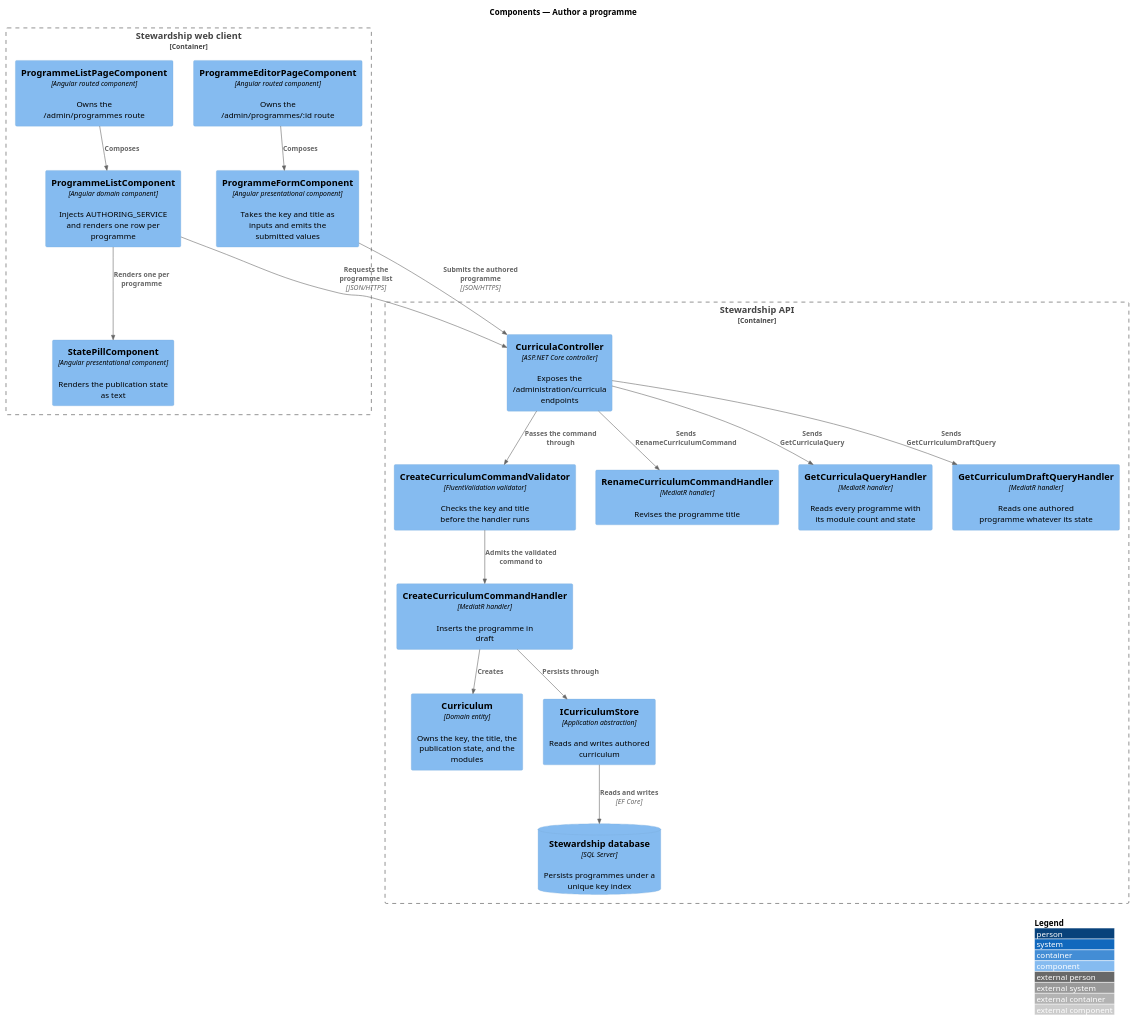
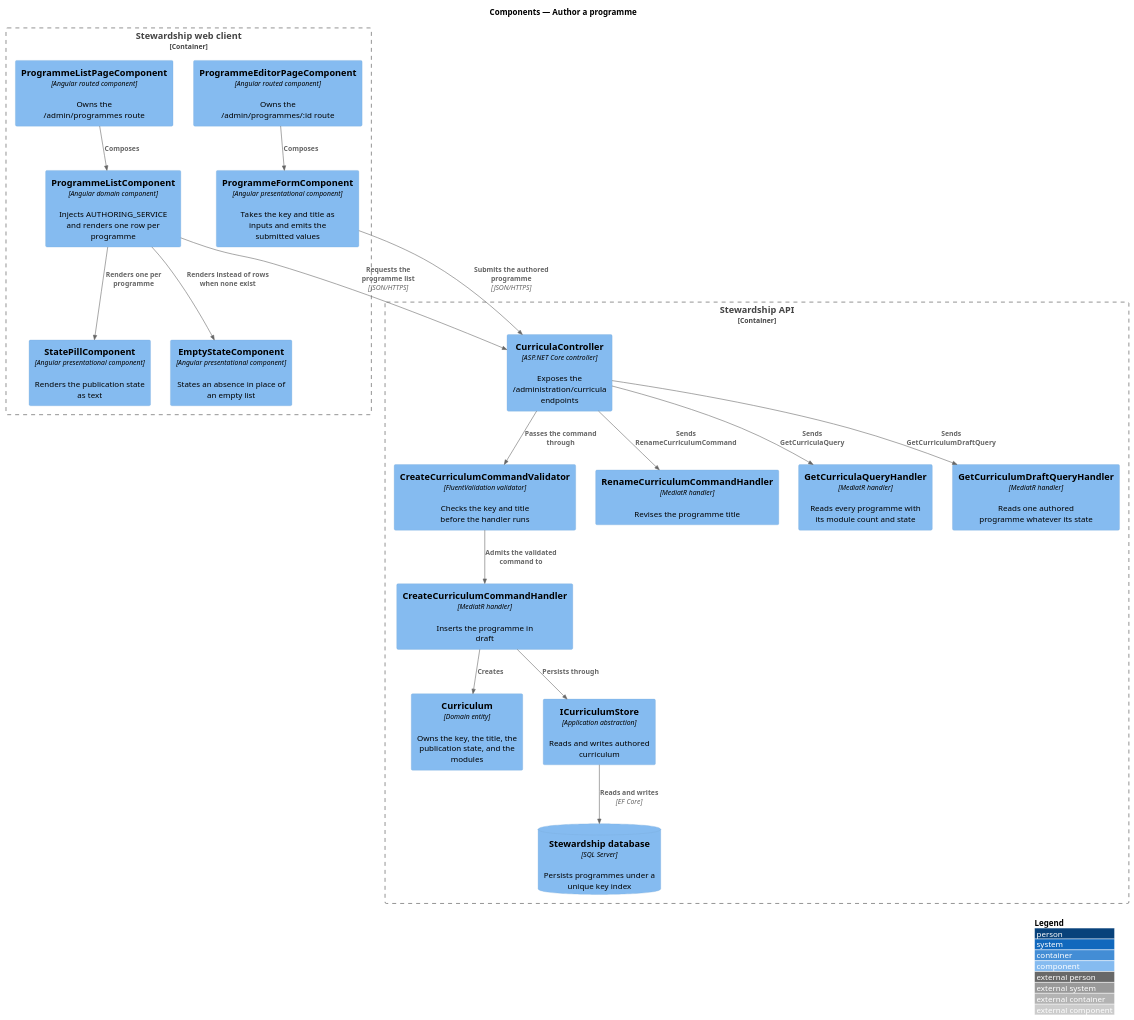
Before and after one commit to QuinntyneBrown/quinntyne-brown-stewardship: the diagram in docs/detailed-designs/administration/author-programme/diagrams/c4-component.puml, drawn with PlantUML. The commit also changed 7 other files, not shown here.

```diff
--- a/docs/detailed-designs/administration/author-programme/diagrams/c4-component.puml
+++ b/docs/detailed-designs/administration/author-programme/diagrams/c4-component.puml
@@ -1,39 +1,41 @@
 @startuml
 !include <C4/C4_Component>
 LAYOUT_WITH_LEGEND()
 title Components — Author a programme
 
 Container_Boundary(spa, "Stewardship web client") {
   Component(listpage, "ProgrammeListPageComponent", "Angular routed component", "Owns the /admin/programmes route")
   Component(editpage, "ProgrammeEditorPageComponent", "Angular routed component", "Owns the /admin/programmes/:id route")
   Component(list, "ProgrammeListComponent", "Angular domain component", "Injects AUTHORING_SERVICE and renders one row per programme")
   Component(form, "ProgrammeFormComponent", "Angular presentational component", "Takes the key and title as inputs and emits the submitted values")
   Component(pill, "StatePillComponent", "Angular presentational component", "Renders the publication state as text")
+  Component(empty, "EmptyStateComponent", "Angular presentational component", "States an absence in place of an empty list")
 }
 
 Container_Boundary(api, "Stewardship API") {
   Component(controller, "CurriculaController", "ASP.NET Core controller", "Exposes the /administration/curricula endpoints")
   Component(validator, "CreateCurriculumCommandValidator", "FluentValidation validator", "Checks the key and title before the handler runs")
   Component(create, "CreateCurriculumCommandHandler", "MediatR handler", "Inserts the programme in draft")
   Component(rename, "RenameCurriculumCommandHandler", "MediatR handler", "Revises the programme title")
   Component(index, "GetCurriculaQueryHandler", "MediatR handler", "Reads every programme with its module count and state")
   Component(draft, "GetCurriculumDraftQueryHandler", "MediatR handler", "Reads one authored programme whatever its state")
   Component(entity, "Curriculum", "Domain entity", "Owns the key, the title, the publication state, and the modules")
   Component(store, "ICurriculumStore", "Application abstraction", "Reads and writes authored curriculum")
   ComponentDb(db, "Stewardship database", "SQL Server", "Persists programmes under a unique key index")
 }
 
 Rel(listpage, list, "Composes")
 Rel(editpage, form, "Composes")
 Rel(list, pill, "Renders one per programme")
+Rel(list, empty, "Renders instead of rows when none exist")
 Rel(list, controller, "Requests the programme list", "JSON/HTTPS")
 Rel(form, controller, "Submits the authored programme", "JSON/HTTPS")
 Rel(controller, validator, "Passes the command through")
 Rel(validator, create, "Admits the validated command to")
 Rel(controller, rename, "Sends RenameCurriculumCommand")
 Rel(controller, index, "Sends GetCurriculaQuery")
 Rel(controller, draft, "Sends GetCurriculumDraftQuery")
 Rel(create, entity, "Creates")
 Rel(create, store, "Persists through")
 Rel(store, db, "Reads and writes", "EF Core")
 @enduml
```
